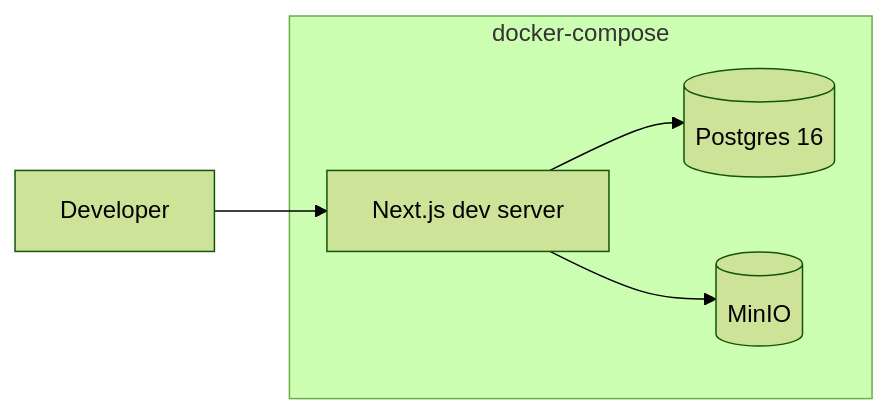
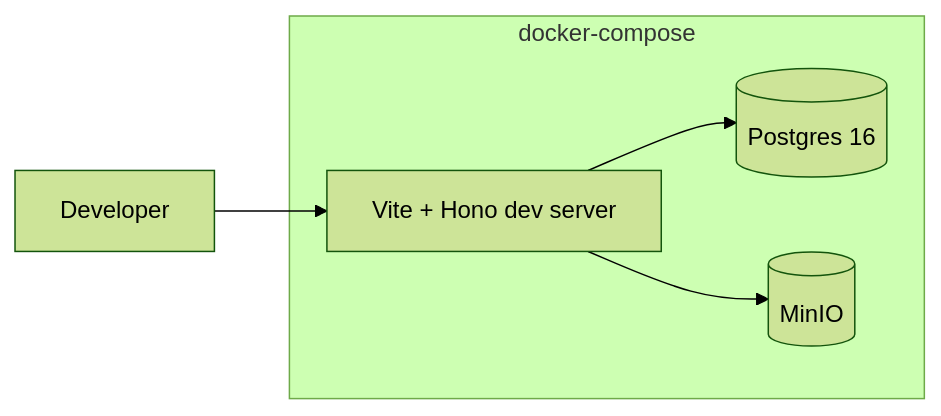
One commit to Hosi121/holoplax changed the second of 8 diagrams in doc/architecture.md. Above: the diagram before and after it, drawn with Mermaid (forest theme). The commit also changed other lines of this file and 6 other files, not shown here.

````diff
--- a/doc/architecture.md
+++ b/doc/architecture.md
@@ -18,8 +18,8 @@
 ```mermaid
 flowchart LR
-  Dev[Developer] --> App[Next.js dev server]
+  Dev[Developer] --> App[Vite + Hono dev server]
   subgraph Docker[docker-compose]
     App --> PG[(Postgres 16)]
     App --> MinIO[(MinIO)]
   end
 ```
````
